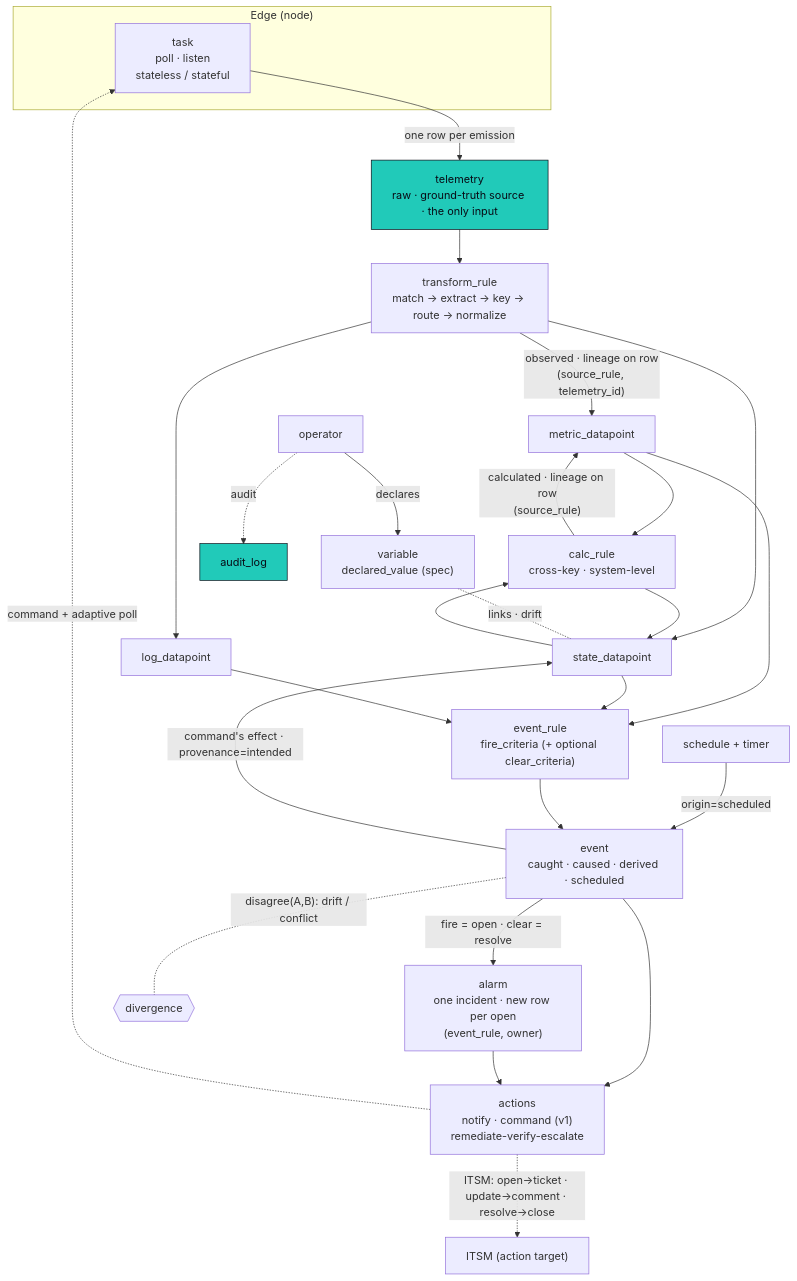
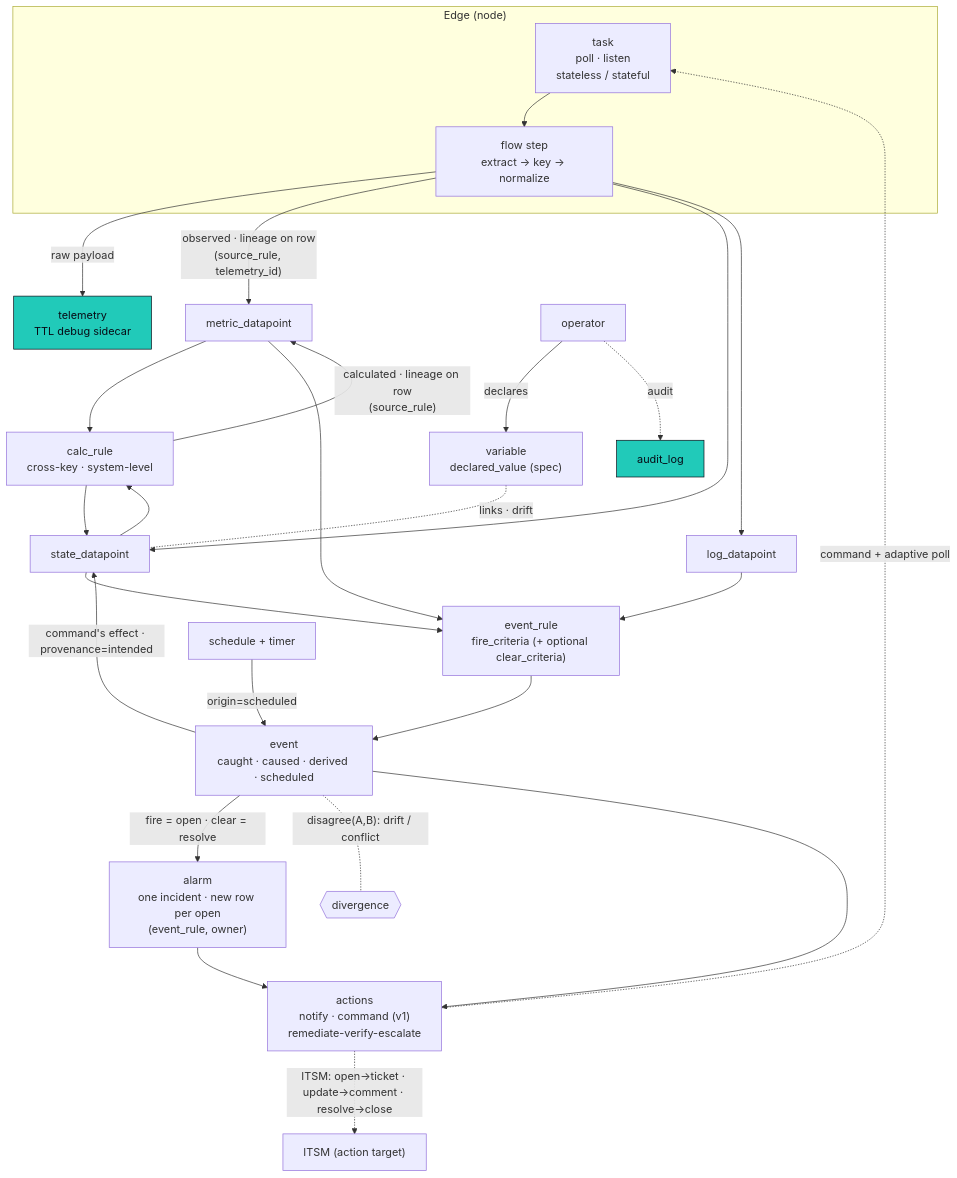
Before and after one commit to hyperscaleav/omniglass: the diagram in docs/src/content/docs/architecture/taxonomy.md, drawn with Mermaid. The commit also changed other lines of this file and 4 other files, not shown here.

First line of the commit message:
docs(architecture): edge-parse pipeline, telemetry as a debug sidecar

````diff
--- a/docs/src/content/docs/architecture/taxonomy.md
+++ b/docs/src/content/docs/architecture/taxonomy.md
@@ -237,41 +237,41 @@
 ```mermaid
 flowchart TD
   subgraph edge["Edge (node)"]
     TASK["task<br/>poll · listen<br/>stateless / stateful"]
+    FLOW["flow step<br/>extract → key → normalize"]
+    TASK --> FLOW
   end
 
-  TASK -->|"one row per emission"| TEL["telemetry<br/>raw · ground-truth source · the only input"]
-
-  TEL --> TR["transform_rule<br/>match → extract → key → route → normalize"]
-  TR -->|"observed · lineage on row<br/>(source_rule, telemetry_id)"| M["metric_datapoint"]
-  TR --> S["state_datapoint"]
-  TR --> L["log_datapoint"]
+  FLOW -->|"raw payload"| TEL["telemetry<br/>TTL debug sidecar"]
+  FLOW -->|"observed · lineage on row<br/>(source_rule, telemetry_id)"| M["metric_datapoint"]
+  FLOW --> S["state_datapoint"]
+  FLOW --> L["log_datapoint"]
 
   M --> CALC["calc_rule<br/>cross-key · system-level"]
   S --> CALC
   CALC -->|"calculated · lineage on row<br/>(source_rule)"| M
   CALC --> S
 
   M --> ER["event_rule<br/>fire_criteria (+ optional clear_criteria)"]
   S --> ER
   L --> ER
   SCH["schedule + timer"] -->|"origin=scheduled"| EV
   ER --> EV["event<br/>caught · caused · derived · scheduled"]
 
   EV -->|"fire = open · clear = resolve"| AL["alarm<br/>one incident · new row per open<br/>(event_rule, owner)"]
   EV -->|"command's effect · provenance=intended"| S
 
   HUMAN["operator"] -->|"declares"| VAR["variable<br/>declared_value (spec)"]
   VAR -. "links · drift" .- S
   HUMAN -.->|"audit"| AU["audit_log"]
 
   EV -. "disagree(A,B): drift / conflict" .- DIV{{"divergence"}}
 
   EV --> ACT["actions<br/>notify · command (v1)<br/>remediate-verify-escalate"]
   AL --> ACT
   ACT -.->|"ITSM: open→ticket · update→comment · resolve→close"| ITSM["ITSM (action target)"]
   ACT -.->|"command + adaptive poll"| TASK
 
   classDef gt fill:#21CAB9,stroke:#080c16,color:#080c16;
   class TEL,AU gt;
 ```
````
